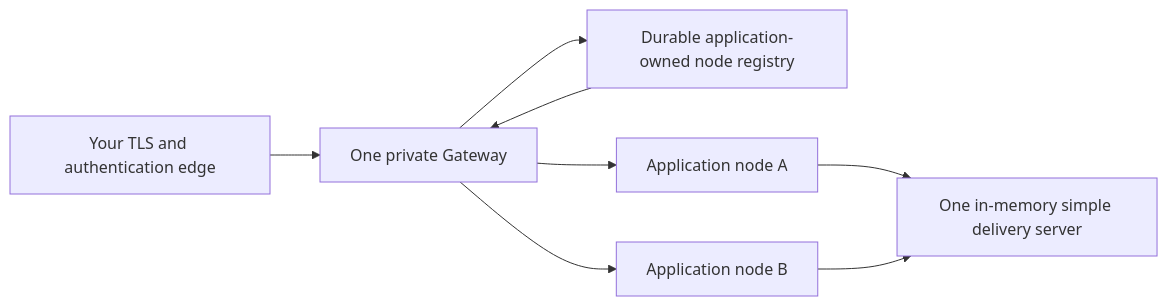
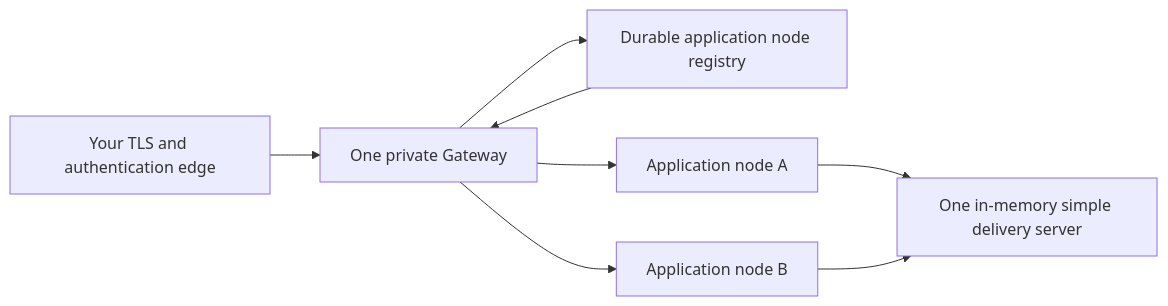
One commit to SpineEventEngine/spine-ts changed the diagram in packages/deployment-gce/README.md. Above: the diagram before and after it, drawn with Mermaid. The commit also changed other lines of this file and 72 other files, not shown here.

````diff
--- a/packages/deployment-gce/README.md
+++ b/packages/deployment-gce/README.md
@@ -39,10 +39,10 @@
 ```mermaid
 flowchart LR
   Edge["Your TLS and authentication edge"] --> Gateway["One private Gateway"]
-  Gateway --> Registry["Durable application-owned node registry"]
+  Gateway --> Registry["Durable application node registry"]
   Registry --> Gateway
   Gateway --> AppA["Application node A"]
   Gateway --> AppB["Application node B"]
   AppA --> Delivery["One in-memory simple delivery server"]
   AppB --> Delivery
 ```
````
